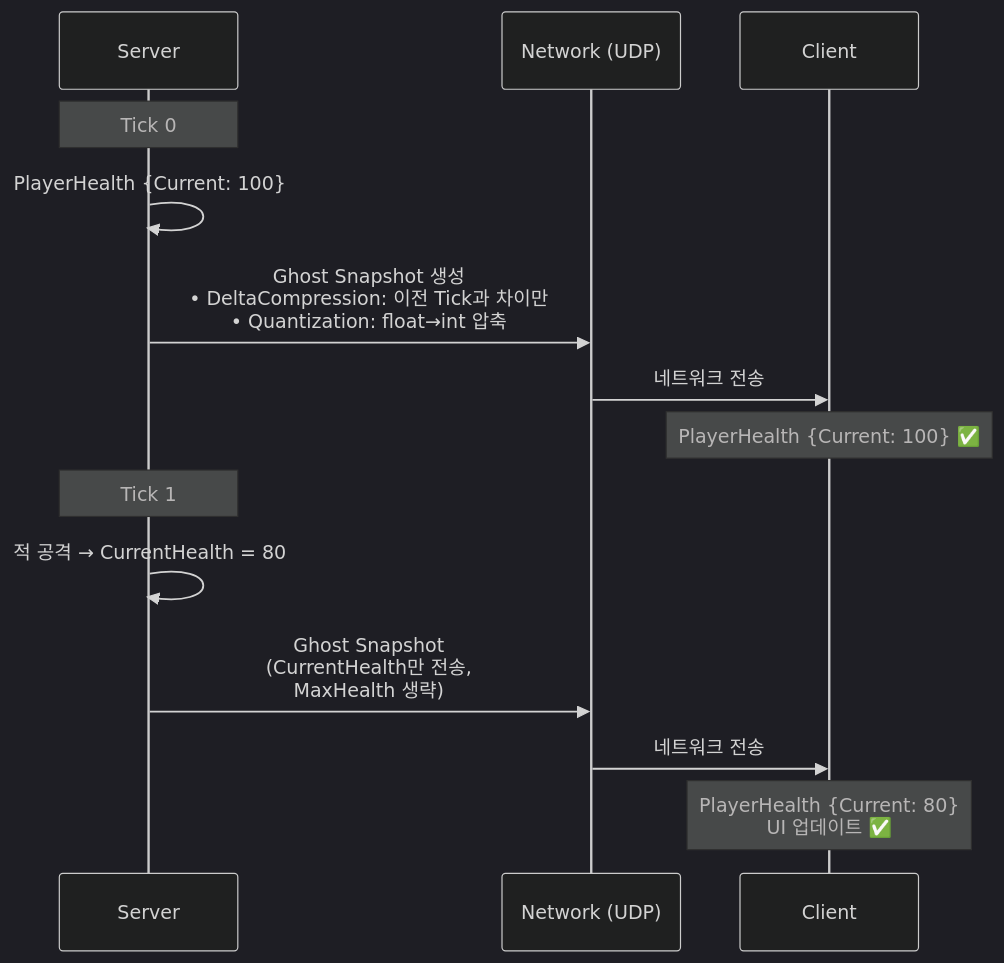
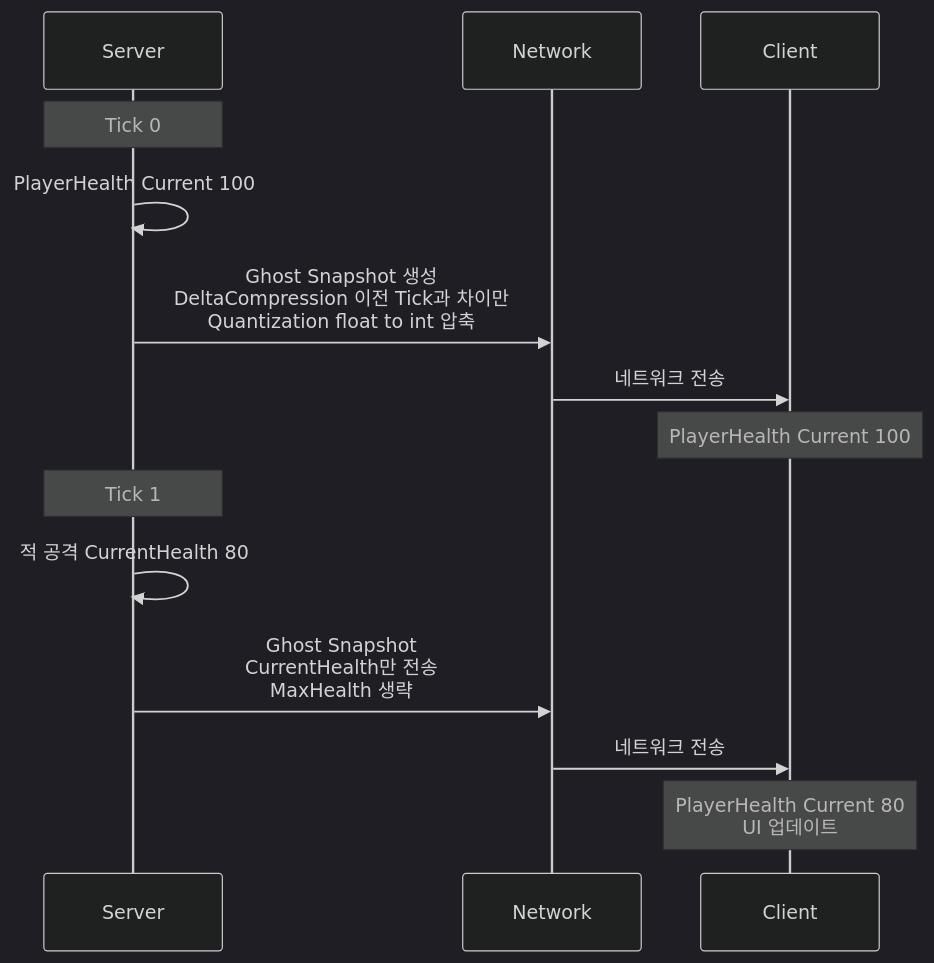
The fifth of 8 diagrams in README.md (lmo0317/projectc), drawn with Mermaid (dark theme) before and after one commit. The commit also changed other lines of this file, not shown here.

````diff
--- a/README.md
+++ b/README.md
@@ -494,18 +491,18 @@
 ```mermaid
 sequenceDiagram
     participant S as Server
-    participant N as Network (UDP)
+    participant N as Network
     participant C as Client
 
     Note over S: Tick 0
-    S->>S: PlayerHealth {Current: 100}
-    S->>N: Ghost Snapshot 생성<br/>• DeltaCompression: 이전 Tick과 차이만<br/>• Quantization: float→int 압축
+    S->>S: PlayerHealth Current 100
+    S->>N: Ghost Snapshot 생성<br/>DeltaCompression 이전 Tick과 차이만<br/>Quantization float to int 압축
     N->>C: 네트워크 전송
-    Note over C: PlayerHealth {Current: 100} ✅
+    Note over C: PlayerHealth Current 100
 
     Note over S: Tick 1
-    S->>S: 적 공격 → CurrentHealth = 80
-    S->>N: Ghost Snapshot<br/>(CurrentHealth만 전송,<br/>MaxHealth 생략)
+    S->>S: 적 공격 CurrentHealth 80
+    S->>N: Ghost Snapshot<br/>CurrentHealth만 전송<br/>MaxHealth 생략
     N->>C: 네트워크 전송
-    Note over C: PlayerHealth {Current: 80}<br/>UI 업데이트 ✅
+    Note over C: PlayerHealth Current 80<br/>UI 업데이트
 ```
````
